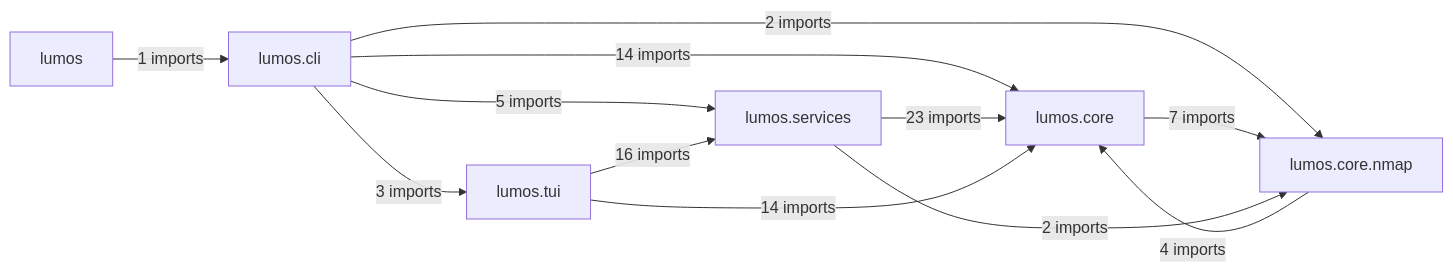
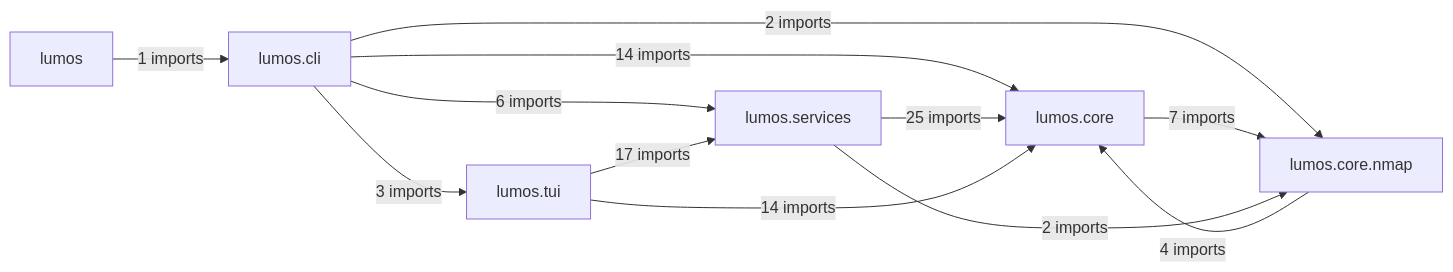
Before and after one commit to lko47/lumos: the diagram in docs/architecture/modules.md, drawn with Mermaid. The commit also changed other lines of this file and 5 other files, not shown here.

````diff
--- a/docs/architecture/modules.md
+++ b/docs/architecture/modules.md
@@ -7,20 +7,20 @@
 ```mermaid
 flowchart LR
     P0["lumos"]
     P1["lumos.cli"]
     P2["lumos.core"]
     P3["lumos.core.nmap"]
     P4["lumos.services"]
     P5["lumos.tui"]
     P0 -->|"1 imports"| P1
     P1 -->|"14 imports"| P2
     P1 -->|"2 imports"| P3
-    P1 -->|"5 imports"| P4
+    P1 -->|"6 imports"| P4
     P1 -->|"3 imports"| P5
     P2 -->|"7 imports"| P3
     P3 -->|"4 imports"| P2
-    P4 -->|"23 imports"| P2
+    P4 -->|"25 imports"| P2
     P4 -->|"2 imports"| P3
     P5 -->|"14 imports"| P2
-    P5 -->|"16 imports"| P4
+    P5 -->|"17 imports"| P4
 ```
````
